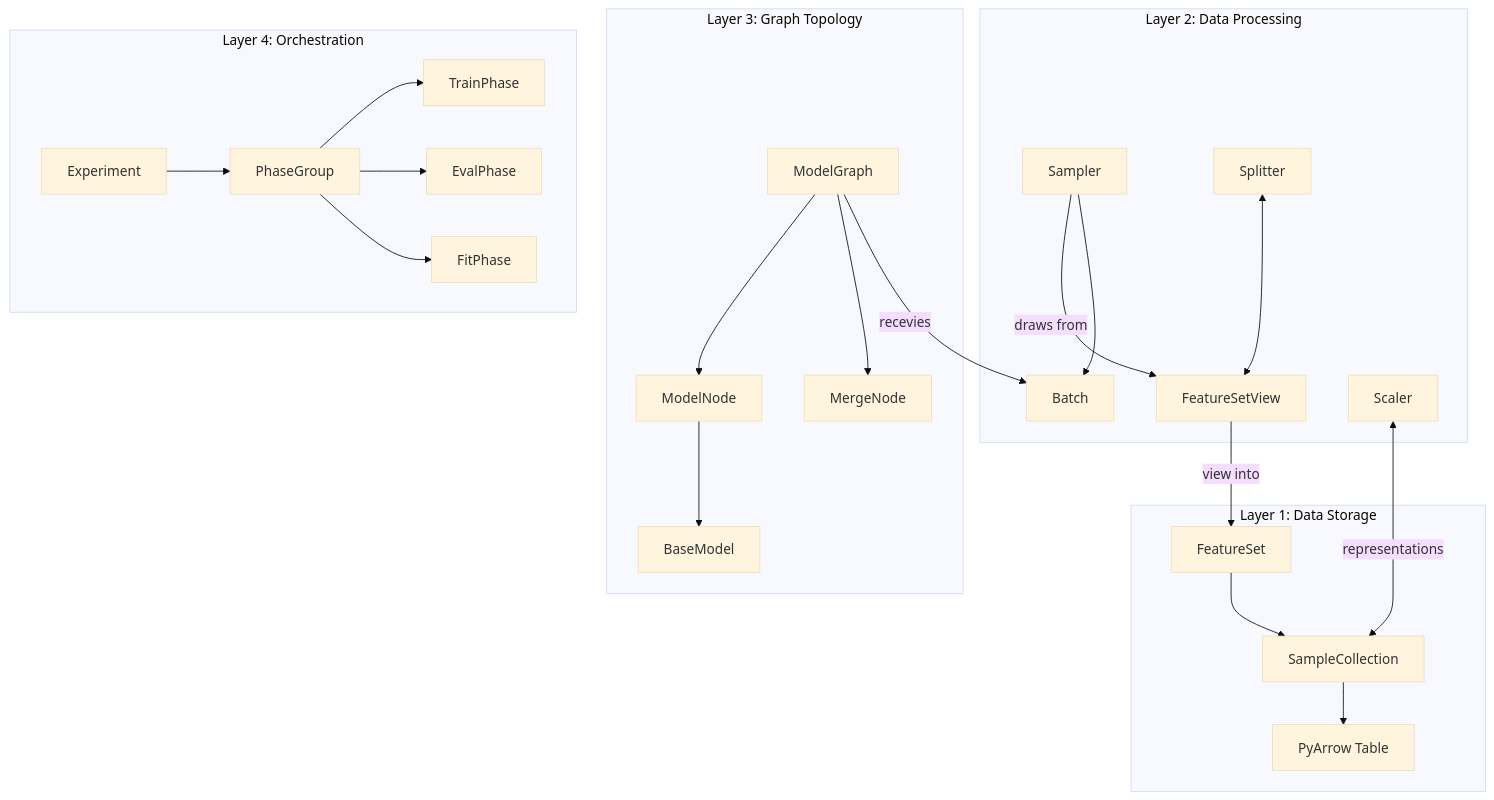
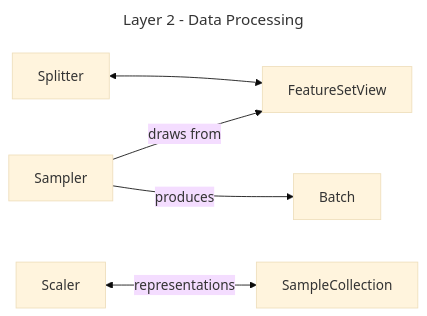
The second of 4 diagrams in docs/explanation/architecture_overview.md (REIL-UConn/modular-ml), drawn with Mermaid (base theme) before and after one commit. The commit also changed other lines of this file, not shown here.

Commit message:
Reorganized mermaid figures

````diff
--- a/docs/explanation/architecture_overview.md
+++ b/docs/explanation/architecture_overview.md
@@ -17,31 +40,10 @@
 ```{mermaid}
-graph TB
-    subgraph "Layer 1: Data Storage"
-        FeatureSet --> SampleCollection
-        SampleCollection --> PyArrow["PyArrow Table"]
-    end
-
-    subgraph "Layer 2: Data Processing"
-        FeatureSetView -->|"view into"| FeatureSet
-
-        Sampler -->|"draws from"| FeatureSetView
-        Sampler --> Batch
-        Splitter <--> FeatureSetView
-        Scaler <-->|"representations"| SampleCollection
-    end
-
-    subgraph "Layer 3: Graph Topology"
-        ModelGraph --> ModelNode
-        ModelGraph --> MergeNode
-        ModelNode --> BaseModel
-        ModelGraph -->|"recevies"| Batch
-    end
-
-    subgraph "Layer 4: Orchestration"
-        Experiment --> PhaseGroup
-        PhaseGroup --> TrainPhase
-        PhaseGroup --> EvalPhase
-        PhaseGroup --> FitPhase
-    end
-
+---
+title: Layer 2 - Data Processing
+---
+graph LR
+    Sampler -->|"draws from"| FeatureSetView
+    Sampler -->|"produces"| Batch
+    Splitter <--> FeatureSetView
+    Scaler <-->|"representations"| SampleCollection
 ```
````
